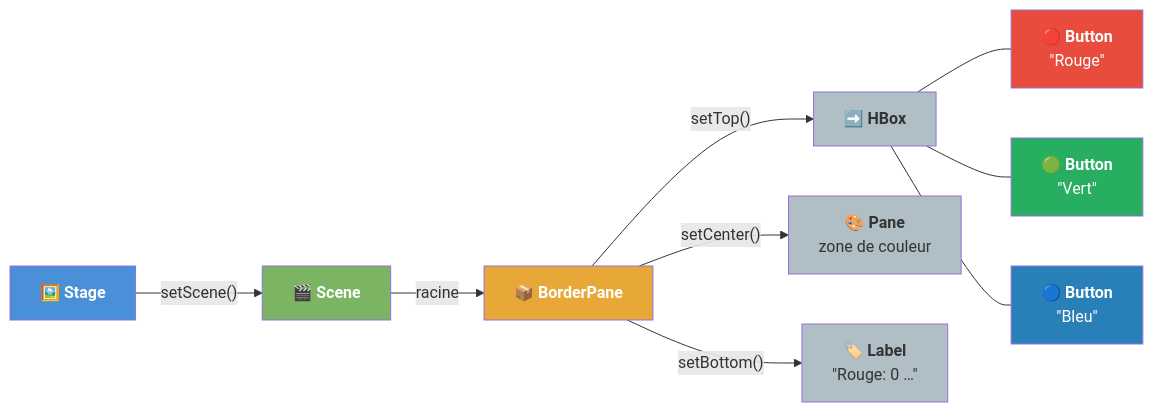
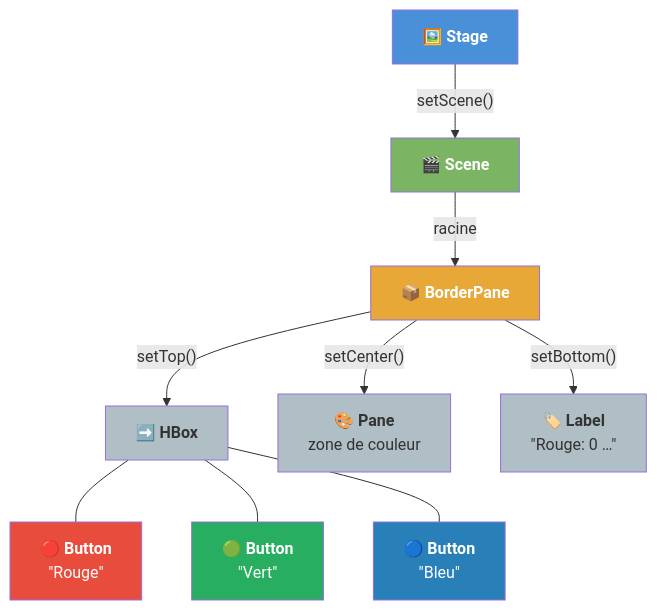
The fifth of 5 diagrams in README.md (IUTInfoAix-R202-2026/tp1-Chtioui-1), drawn with Mermaid before and after one commit.

Commit message:
docs(tp1): graphe exercice 6 repassé en TD
LR ne résolvait pas les croisements. Retour en TD avec tous les
nœuds — le rendu est imparfait mais le graphe est complet.

````diff
--- a/README.md
+++ b/README.md
@@ -976,21 +976,21 @@
 ```mermaid
-graph LR
+graph TD
     ST["🖼️ <b>Stage</b>"] -->|"setScene()"| S["🎬 <b>Scene</b>"]
     S -->|"racine"| BP["📦 <b>BorderPane</b>"]
     BP -->|"setTop()"| H["➡️ <b>HBox</b>"]
     BP -->|"setCenter()"| Z["🎨 <b>Pane</b><br/>zone de couleur"]
     BP -->|"setBottom()"| L["🏷️ <b>Label</b><br/>&quot;Rouge: 0 …&quot;"]
     H --- BR["🔴 <b>Button</b><br/>&quot;Rouge&quot;"]
     H --- BV["🟢 <b>Button</b><br/>&quot;Vert&quot;"]
     H --- BB["🔵 <b>Button</b><br/>&quot;Bleu&quot;"]
 
     style ST fill:#4a90d9,color:white
     style S fill:#7bb563,color:white
     style BP fill:#e8a838,color:white
     style H fill:#b0bec5,color:#333
     style Z fill:#b0bec5,color:#333
     style L fill:#b0bec5,color:#333
     style BR fill:#e74c3c,color:white
     style BV fill:#27ae60,color:white
     style BB fill:#2980b9,color:white
 ```
````
